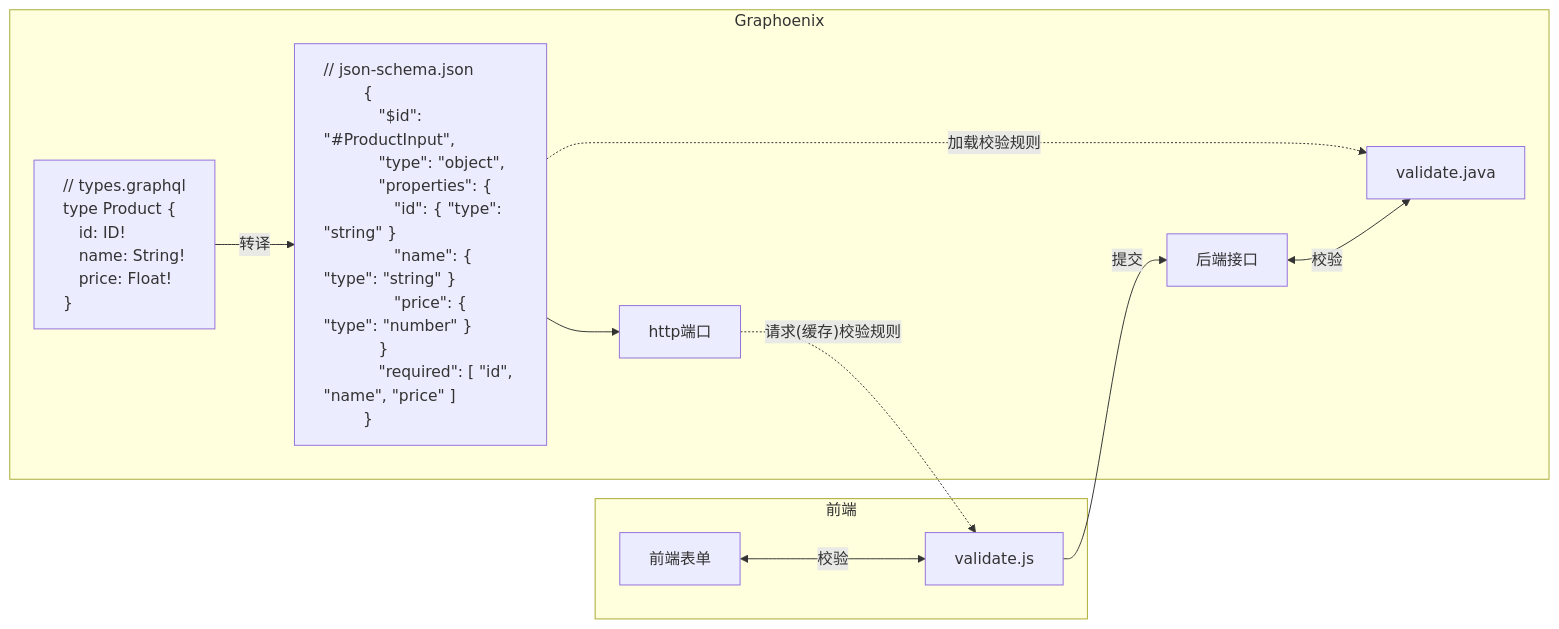
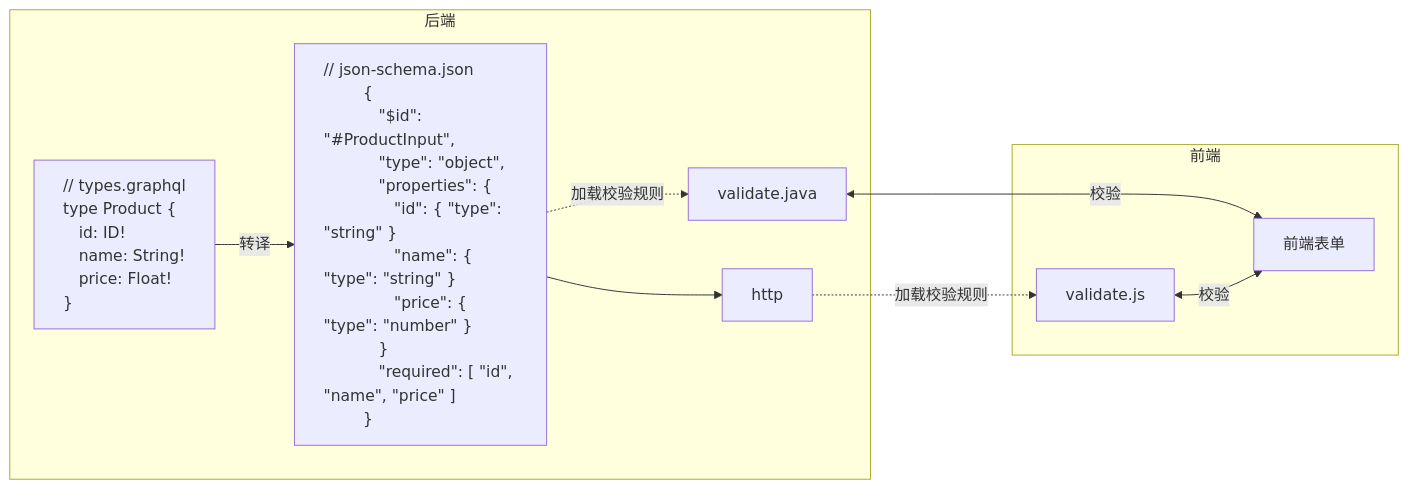
The eighth of 14 diagrams in docs/intro.md (doukai/gp-doc.github.io), drawn with Mermaid before and after one commit. The commit also changed other lines of this file, not shown here.

````diff
--- a/docs/intro.md
+++ b/docs/intro.md
@@ -294,35 +321,34 @@
 ```mermaid
 flowchart LR
-    subgraph Graphoenix
+    subgraph 后端
         schema["// types.graphql
         type Product {
         &emsp;id: ID!
         &emsp;name: String!
         &emsp;price: Float!
         }"]
         jsonSchema["// json-schema.json
         {
         &emsp;&quot;$id&quot;: &quot;#ProductInput&quot;,
         &emsp;&quot;type&quot;: &quot;object&quot;,
         &emsp;&quot;properties&quot;: {
         &emsp;&emsp;&quot;id&quot;: { &quot;type&quot;: &quot;string&quot; }
         &emsp;&emsp;&quot;name&quot;: { &quot;type&quot;: &quot;string&quot; }
         &emsp;&emsp;&quot;price&quot;: { &quot;type&quot;: &quot;number&quot; }
         &emsp;}
         &emsp;&quot;required&quot;: [ &quot;id&quot;, &quot;name&quot;, &quot;price&quot; ]
         }"]
-        func[后端接口]
-        http[http端口]
+        http
         java[validate.java]
         schema -- 转译 --> jsonSchema
         jsonSchema -. 加载校验规则 .-> java
         jsonSchema --> http
     end
+    java <-- 校验 --> form
+    http -. 加载校验规则 .-> js
     subgraph 前端
-        http -. 请求(缓存)校验规则 .-> js
-        form[前端表单] <-- 校验 --> js[validate.js]
-        js -- 提交 --> func <-- 校验 --> java
+        js[validate.js] <-- 校验 --> form[前端表单]
     end
     style schema text-align:left
     style jsonSchema text-align:left
 ```
````
